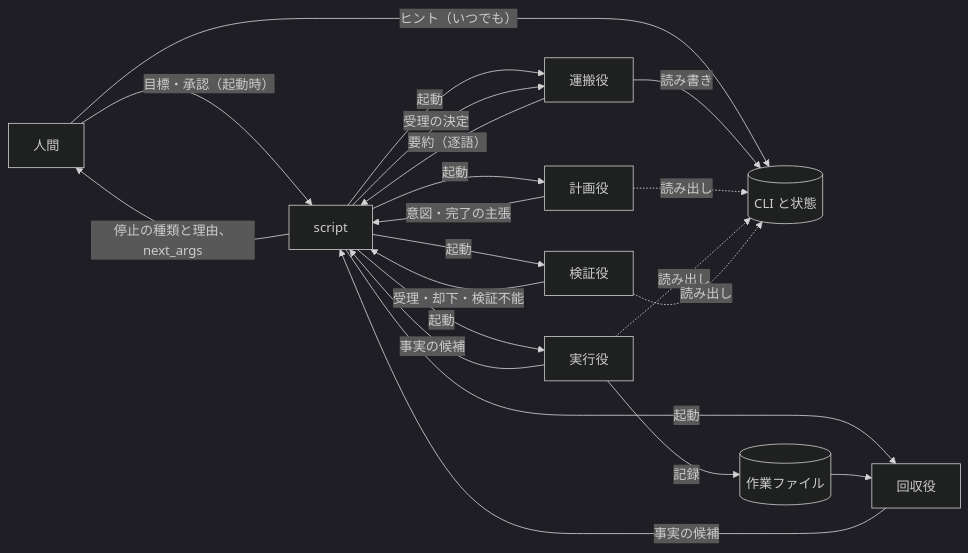
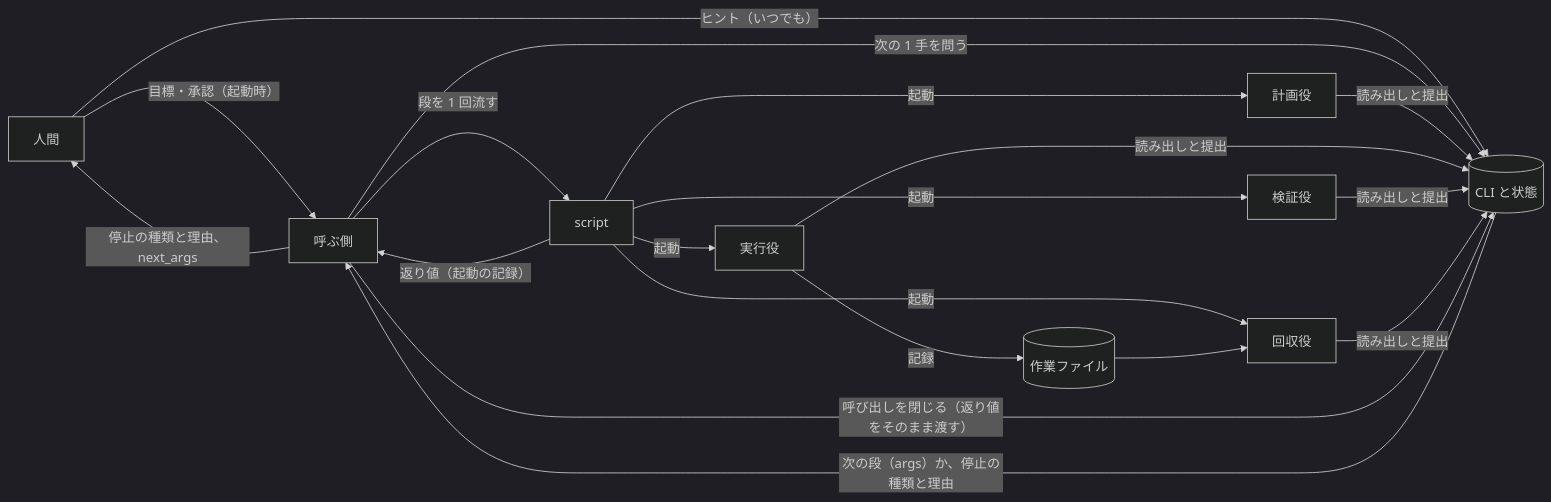
The first of 3 diagrams in docs/design/skill-design-patterns.md (yoshiysh/claude-plugins), drawn with Mermaid (dark theme) before and after one commit. The commit also changed other lines of this file and 9 other files, not shown here.

````diff
--- a/docs/design/skill-design-patterns.md
+++ b/docs/design/skill-design-patterns.md
@@ -65,21 +65,18 @@
 ```mermaid
 flowchart LR
-  H["人間"] -- "目標・承認（起動時）" --> S
+  H["人間"] -- "目標・承認（起動時）" --> C["呼ぶ側"]
   H -- "ヒント（いつでも）" --> CLI
-  S["script"] -- 起動 --> PL["計画役"]
+  C -- "次の 1 手を問う" --> CLI[("CLI と状態")]
+  CLI -- "次の段（args）か、停止の種類と理由" --> C
+  C -- "段を 1 回流す" --> S["script"]
+  S -- 起動 --> PL["計画役"]
   S -- 起動 --> EX["実行役"]
   S -- 起動 --> VF["検証役"]
-  S -- 起動 --> CN["運搬役"]
   S -- 起動 --> RC["回収役"]
-  PL -- "意図・完了の主張" --> S
-  EX -- "事実の候補" --> S
   EX -- "記録" --> WF[("作業ファイル")]
   WF --> RC
-  RC -- "事実の候補" --> S
-  VF -- "受理・却下・検証不能" --> S
-  S -- "受理の決定" --> CN
-  CN -- "読み書き" --> CLI[("CLI と状態")]
-  CN -- "要約（逐語）" --> S
-  PL & EX & VF -. "読み出し" .-> CLI
-  S -- "停止の種類と理由、next_args" --> H
+  PL & EX & VF & RC -- "読み出しと提出" --> CLI
+  S -- "返り値（起動の記録）" --> C
+  C -- "呼び出しを閉じる（返り値をそのまま渡す）" --> CLI
+  C -- "停止の種類と理由、next_args" --> H
 ```
````
